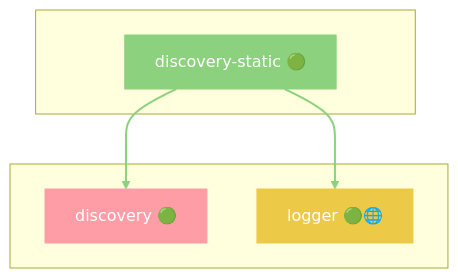
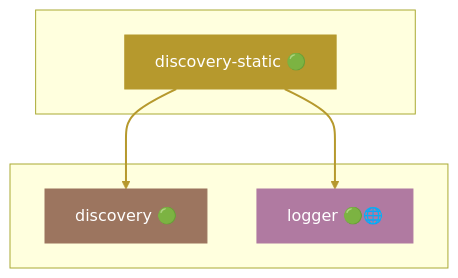
Before and after one commit to grest-ts/grest-ts: diagram 14 of 41 in docs/DEPENDENCIES.md, drawn with Mermaid. The commit also changed other lines of this file and 29 other files, not shown here.

````diff
--- a/docs/DEPENDENCIES.md
+++ b/docs/DEPENDENCIES.md
@@ -765,17 +775,17 @@
 ```mermaid
 flowchart TB
     subgraph Package[" "]
         discovery-static["discovery-static 🟢"]
     end
     subgraph Dependencies[" "]
         discovery["discovery 🟢"]
         logger["logger 🟢🌐"]
     end
     discovery-static --> discovery
     discovery-static --> logger
-    style discovery-static fill:#8CD17D,stroke:#8CD17D,color:#fff
-    style discovery fill:#FF9DA7,stroke:#FF9DA7,color:#fff
-    style logger fill:#EDC948,stroke:#EDC948,color:#fff
-    linkStyle 0 stroke:#8CD17D,stroke-width:2px
-    linkStyle 1 stroke:#8CD17D,stroke-width:2px
+    style discovery-static fill:#B6992D,stroke:#B6992D,color:#fff
+    style discovery fill:#9C755F,stroke:#9C755F,color:#fff
+    style logger fill:#B07AA1,stroke:#B07AA1,color:#fff
+    linkStyle 0 stroke:#B6992D,stroke-width:2px
+    linkStyle 1 stroke:#B6992D,stroke-width:2px
 ```
````
